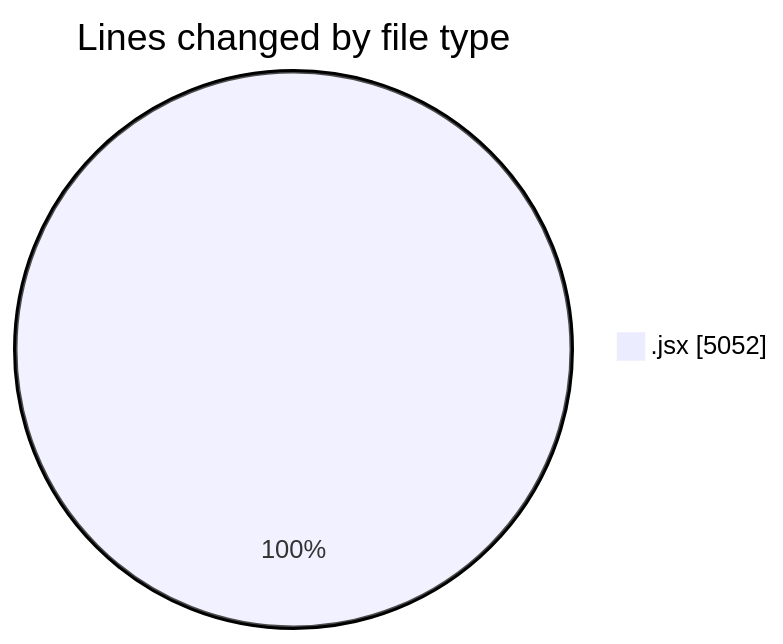
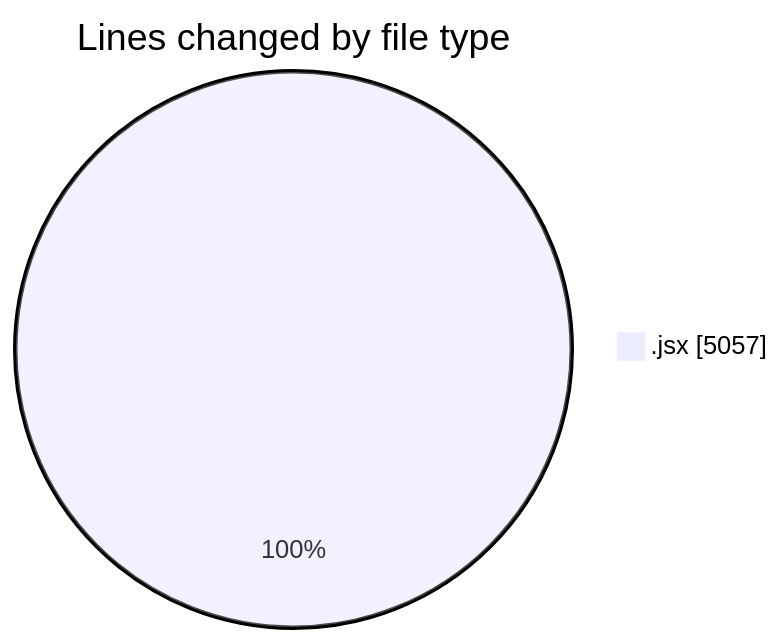
The first of 2 diagrams in 2025-05-13/argos-dev/README.md (nxtqubesakshisongat/code-tracking), drawn with Mermaid before and after one commit. The commit also changed other lines of this file and 1 other file, not shown here.

````diff
--- a/2025-05-13/argos-dev/README.md
+++ b/2025-05-13/argos-dev/README.md
@@ -26,5 +26,5 @@
 ```mermaid
 pie showData
 title Lines changed by file type
-".jsx" : 5052
+".jsx" : 5057
 ```
````
